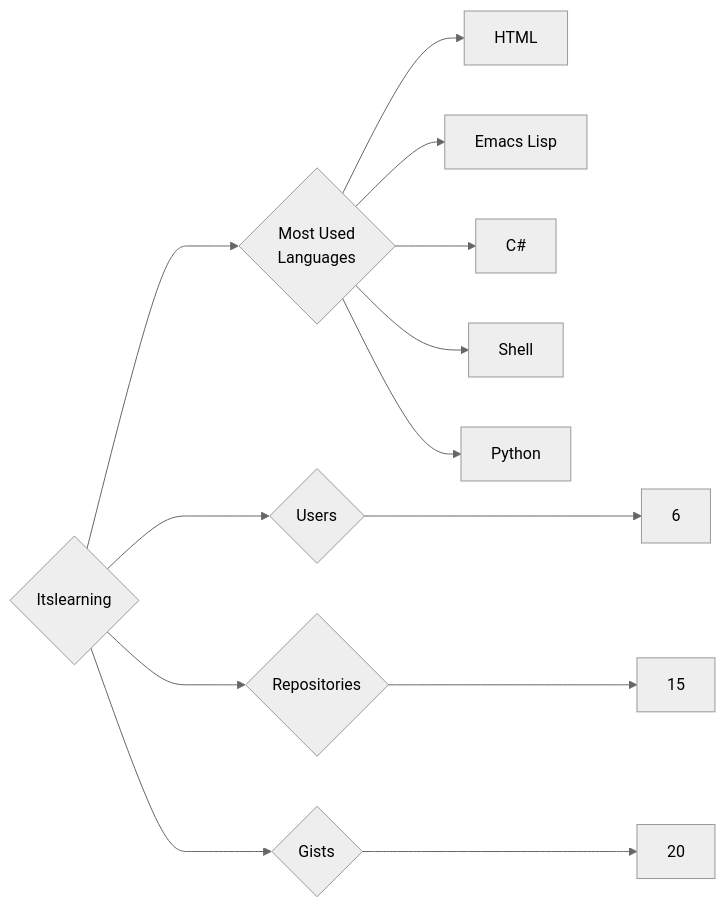
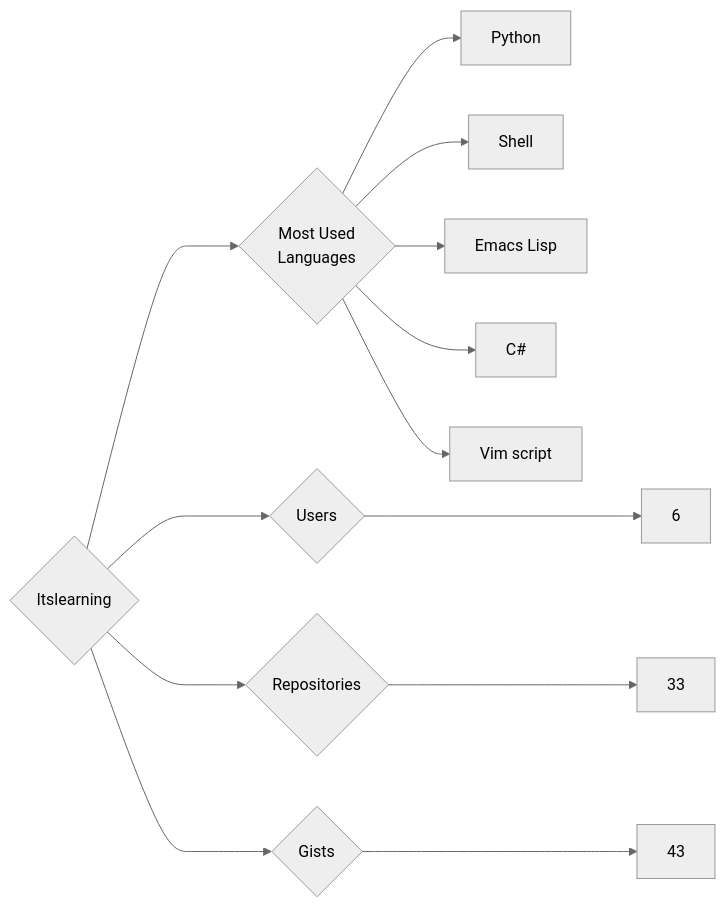
One commit to trickest/insiders changed the diagram in targets/Itslearning/README.md. Above: the diagram before and after it, drawn with Mermaid (neutral theme). The commit also changed 748 other files, not shown here.

````diff
--- a/targets/Itslearning/README.md
+++ b/targets/Itslearning/README.md
@@ -3,13 +3,13 @@
 ```mermaid
 graph LR
 COMPANY_NAME{Itslearning}
 COMPANY_NAME ---> U{Users} ---> UN[6]
-COMPANY_NAME ---> R{Repositories} ---> RN[15]
-COMPANY_NAME ---> G{Gists} ---> GN[20]
+COMPANY_NAME ---> R{Repositories} ---> RN[33]
+COMPANY_NAME ---> G{Gists} ---> GN[43]
 COMPANY_NAME ---> ML{Most Used<br>Languages}
-ML --> HTML[HTML]
+ML --> Python[Python]
+ML --> Shell[Shell]
 ML --> Emacs_Lisp[Emacs Lisp]
 ML --> C#[C#]
-ML --> Shell[Shell]
-ML --> Python[Python]
+ML --> Vim_script[Vim script]
 ```
````
